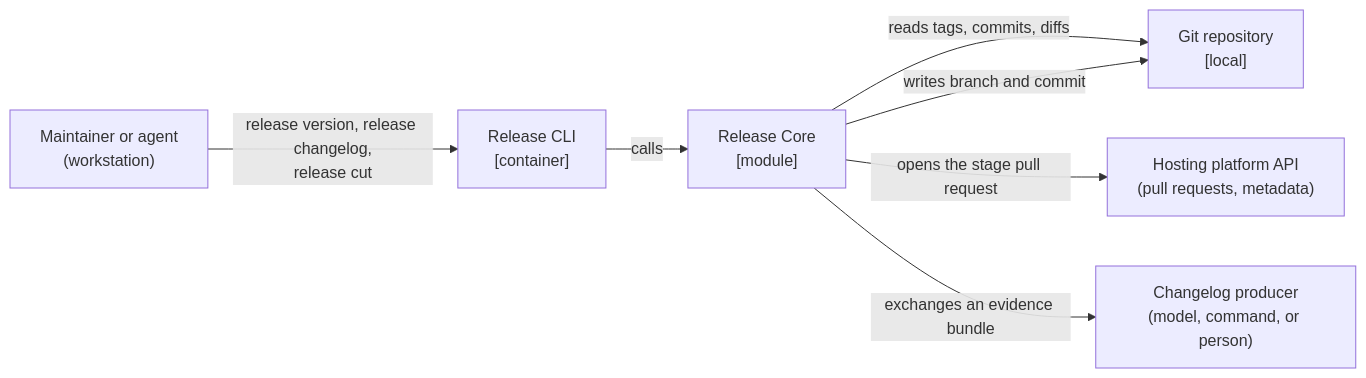
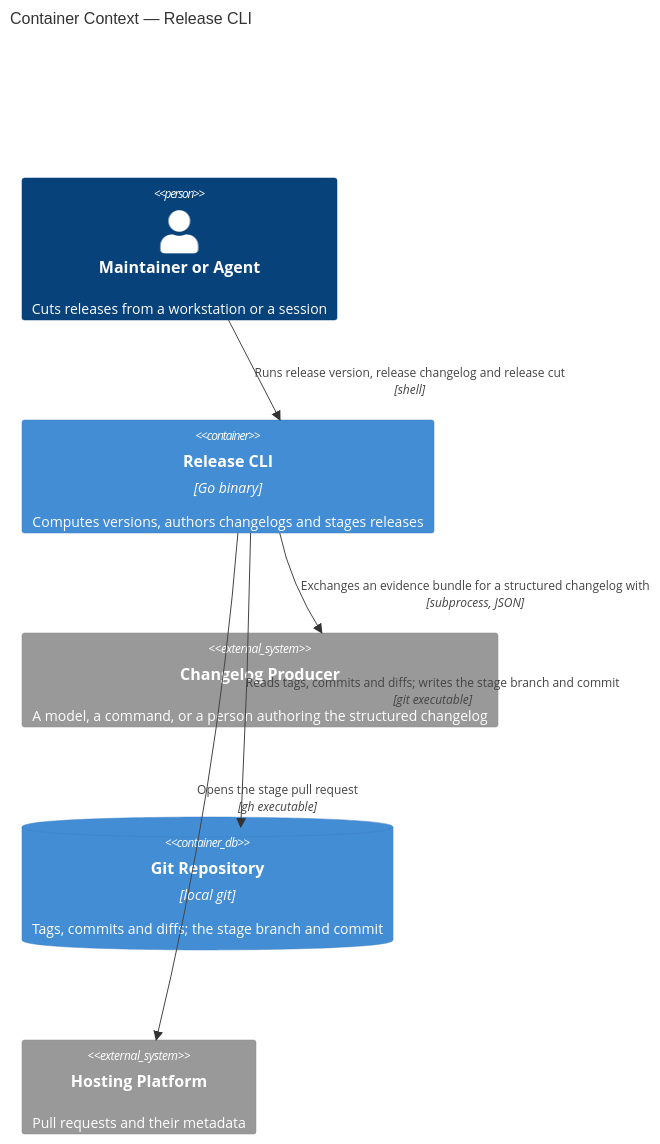
The diagram in specs/containers/release-cli/release-cli-container.md (brettcallaghan/release), drawn with Mermaid before and after one commit. The commit also changed other lines of this file and 51 other files, not shown here.

````diff
--- a/specs/containers/release-cli/release-cli-container.md
+++ b/specs/containers/release-cli/release-cli-container.md
@@ -37,16 +36,13 @@
 ```mermaid
-flowchart LR
-  maintainer["Maintainer or agent<br/>(workstation)"]
-  cli["Release CLI<br/>[container]"]
-  core["Release Core<br/>[module]"]
-  producer["Changelog producer<br/>(model, command, or person)"]
-  git["Git repository<br/>[local]"]
-  platform["Hosting platform API<br/>(pull requests, metadata)"]
-
-  maintainer -->|"release version, release changelog,<br/>release cut"| cli
-  cli -->|"calls"| core
-  core -->|"reads tags, commits, diffs"| git
-  core -->|"writes branch and commit"| git
-  core -->|"opens the stage pull request"| platform
-  core -->|"exchanges an evidence bundle"| producer
+C4Container
+    title Container Context — Release CLI
+    Person(maintainer, "Maintainer or Agent", "Cuts releases from a workstation or a session")
+    Container(cli, "Release CLI", "Go binary", "Computes versions, authors changelogs and stages releases")
+    System_Ext(producer, "Changelog Producer", "A model, a command, or a person authoring the structured changelog")
+    ContainerDb(git, "Git Repository", "local git", "Tags, commits and diffs; the stage branch and commit")
+    System_Ext(platform, "Hosting Platform", "Pull requests and their metadata")
+    Rel(maintainer, cli, "Runs release version, release changelog and release cut", "shell")
+    Rel(cli, git, "Reads tags, commits and diffs; writes the stage branch and commit", "git executable")
+    Rel(cli, platform, "Opens the stage pull request", "gh executable")
+    Rel(cli, producer, "Exchanges an evidence bundle for a structured changelog with", "subprocess, JSON")
 ```
````
